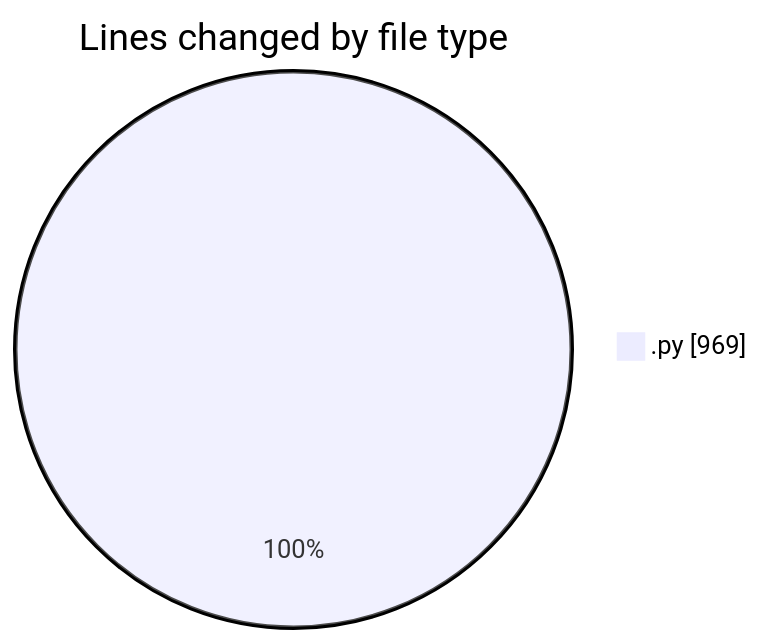
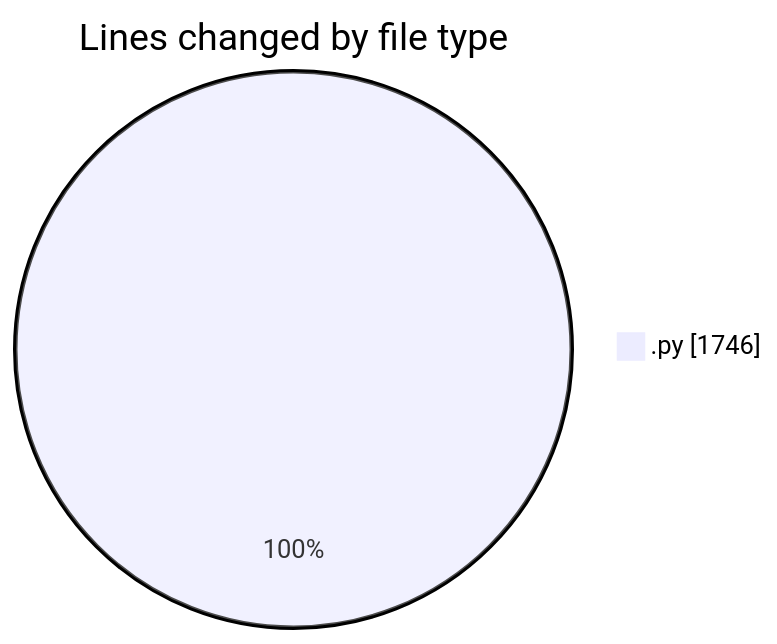
The first of 2 diagrams in 2025-03-08/myws__workspace_/README.md (MatusMokan/code-tracking), drawn with Mermaid before and after one commit. The commit also changed other lines of this file and 1 other file, not shown here.

````diff
--- a/2025-03-08/myws__workspace_/README.md
+++ b/2025-03-08/myws__workspace_/README.md
@@ -20,5 +21,5 @@
 ```mermaid
 pie showData
 title Lines changed by file type
-".py" : 969
+".py" : 1746
 ```
````
